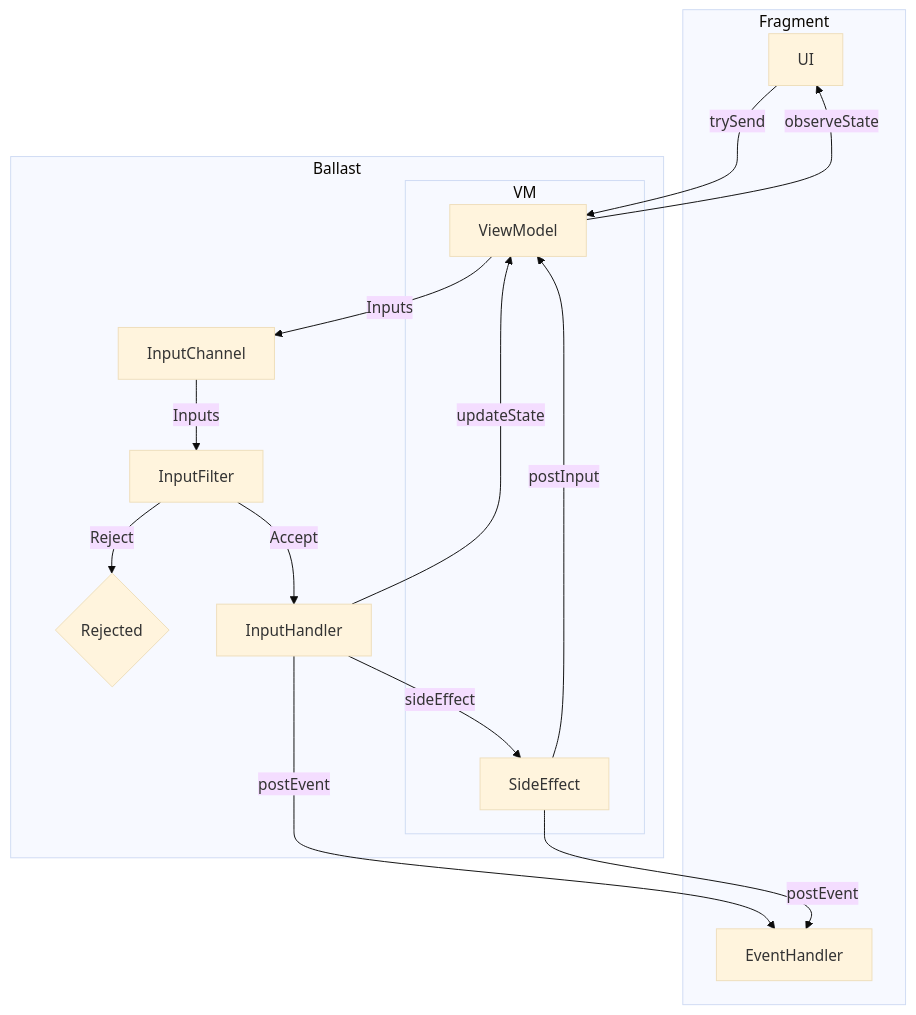
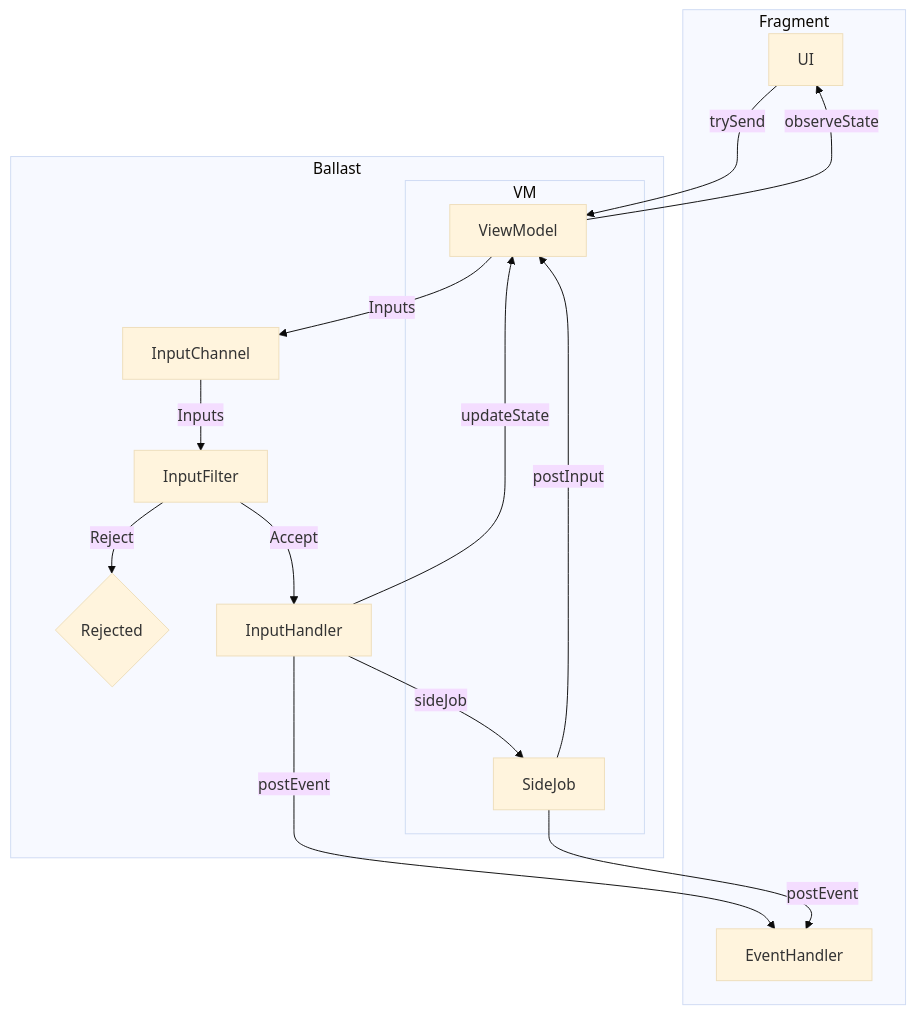
The second of 2 diagrams in docs/src/orchid/resources/wiki/mental-model.md (copper-leaf/ballast), drawn with Mermaid (base theme) before and after one commit. The commit also changed other lines of this file and 59 other files, not shown here.

Commit message:
Renames "Side Effect" to "Side Job" to be more accurate and less confusing in comparison to other Kotlin MVI libraries. Also, SideJobs are now posted to the VM queue immediately, rather than collected and dispatched explicitly after handling.

````diff
--- a/docs/src/orchid/resources/wiki/mental-model.md
+++ b/docs/src/orchid/resources/wiki/mental-model.md
@@ -43,35 +43,35 @@
 ```mermaid
 flowchart TD
     subgraph Fragment
         UI
         EventHandler
     end
     subgraph Ballast
         ViewModel
         InputChannel
         InputFilter
         InputHandler
-        SideEffect
+        SideJob
 
         ViewModel--Inputs-->InputChannel
 
         InputChannel--Inputs-->InputFilter
         InputFilter--Reject-->id1{Rejected}
         InputFilter--Accept-->InputHandler
 
         InputHandler--postEvent-->EventHandler
         InputHandler--updateState-->ViewModel
-        InputHandler--sideEffect-->SideEffect
+        InputHandler--sideJob-->SideJob
 
         subgraph VM
-            SideEffect
+            SideJob
 
-            SideEffect--postInput-->ViewModel
-            SideEffect--postEvent-->EventHandler
+            SideJob--postInput-->ViewModel
+            SideJob--postEvent-->EventHandler
         end
     end
 
     UI--trySend-->ViewModel
     ViewModel-- observeState -->UI
 
 ```
````
